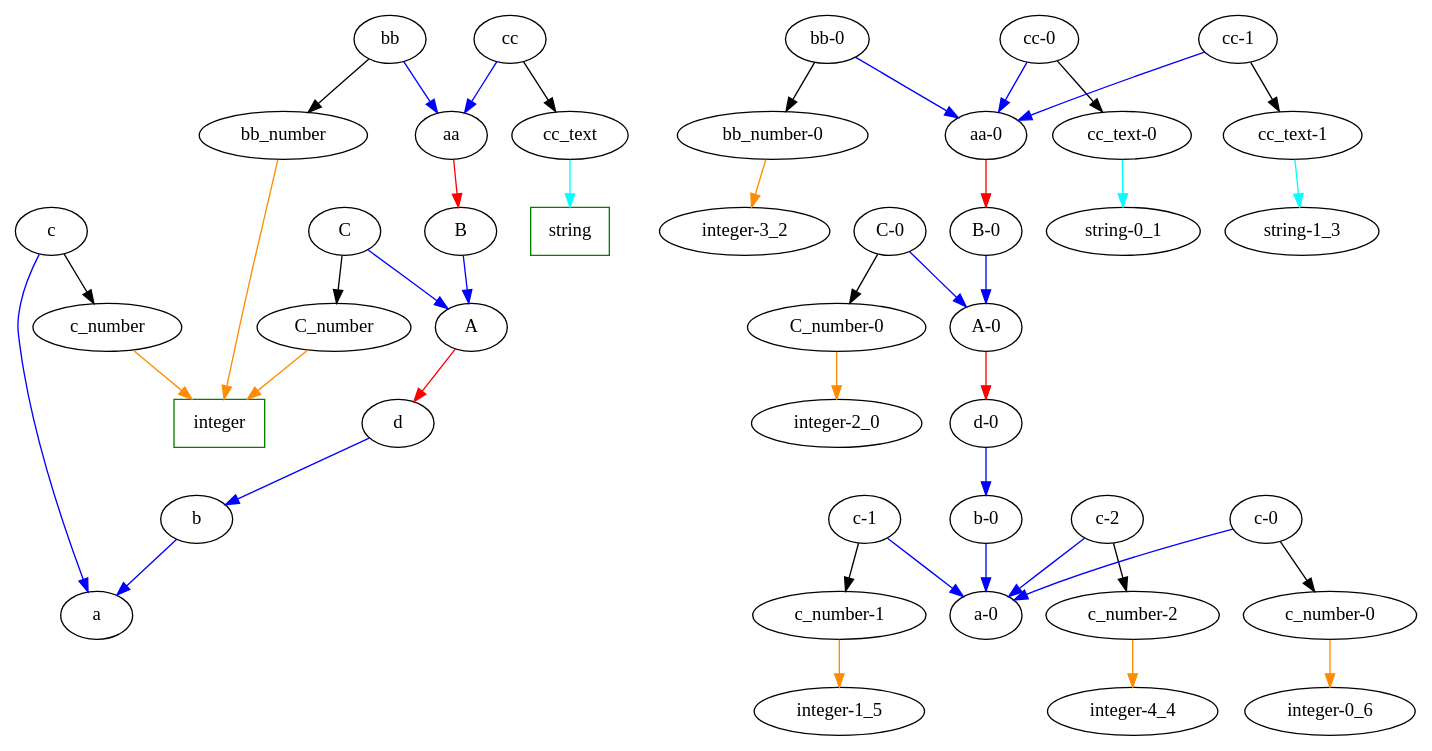
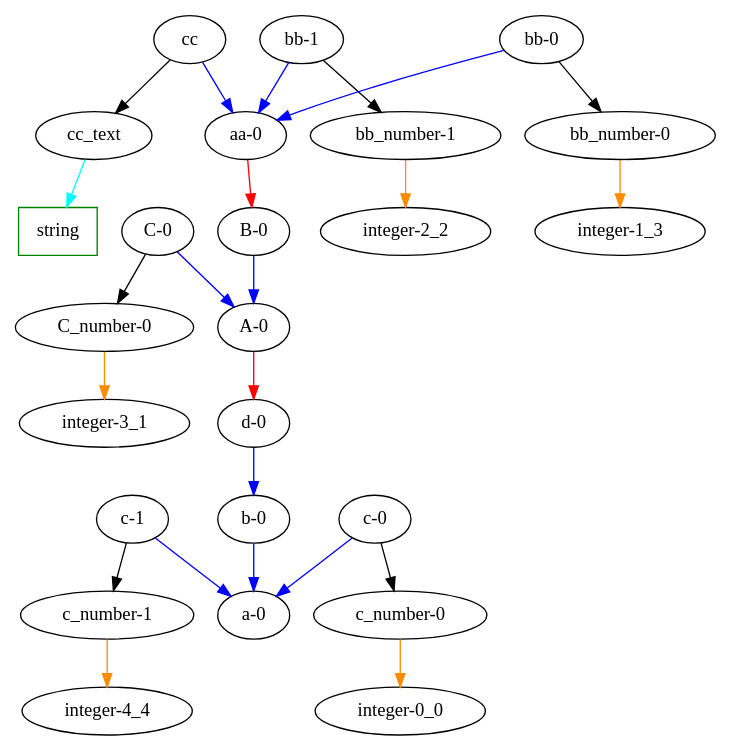
One commit to heinz-preisig/PeriConto changed the diagram in ontologyRepository/Digraph.gv. Above: the diagram before and after it, drawn with Graphviz. The commit also changed 2 other files, not shown here.

```diff
--- a/ontologyRepository/Digraph.gv
+++ b/ontologyRepository/Digraph.gv
@@ -1,131 +1,71 @@
 digraph {
-	d
-	b
-	d -> b [color=blue]
-	bb
-	aa
-	bb -> aa [color=blue]
+	"c-0"
+	"a-0"
+	"c-0" -> "a-0" [color=blue]
+	cc
+	"aa-0"
+	cc -> "aa-0" [color=blue]
+	"C-0"
+	"C_number-0"
+	"C-0" -> "C_number-0" [color=black]
+	"b-0"
+	"a-0"
+	"b-0" -> "a-0" [color=blue]
+	cc
+	cc_text
+	cc -> cc_text [color=black]
+	"B-0"
+	"A-0"
+	"B-0" -> "A-0" [color=blue]
+	"c_number-0"
+	"integer-0_0"
+	"c_number-0" -> "integer-0_0" [color=darkorange]
+	"C_number-0"
+	"integer-3_1"
+	"C_number-0" -> "integer-3_1" [color=darkorange]
+	"d-0"
+	"b-0"
+	"d-0" -> "b-0" [color=blue]
+	"c-1"
+	"a-0"
+	"c-1" -> "a-0" [color=blue]
+	"bb-1"
+	"aa-0"
+	"bb-1" -> "aa-0" [color=blue]
+	"bb_number-1"
+	"integer-2_2"
+	"bb_number-1" -> "integer-2_2" [color=darkorange]
+	"bb-0"
+	"aa-0"
+	"bb-0" -> "aa-0" [color=blue]
+	string [color=green shape=rectangle]
+	string
+	cc_text -> string [color=cyan]
 	"c-1"
 	"c_number-1"
 	"c-1" -> "c_number-1" [color=black]
-	c
-	c_number
-	c -> c_number [color=black]
-	string [color=green shape=rectangle]
-	string
-	cc_text -> string [color=cyan]
-	"c-2"
-	"c_number-2"
-	"c-2" -> "c_number-2" [color=black]
-	"c-1"
-	"a-0"
-	"c-1" -> "a-0" [color=blue]
+	"bb_number-0"
+	"integer-1_3"
+	"bb_number-0" -> "integer-1_3" [color=darkorange]
+	"c-0"
+	"c_number-0"
+	"c-0" -> "c_number-0" [color=black]
 	"A-0"
 	"d-0"
 	"A-0" -> "d-0" [color=red]
 	"aa-0"
 	"B-0"
 	"aa-0" -> "B-0" [color=red]
-	"d-0"
-	"b-0"
-	"d-0" -> "b-0" [color=blue]
-	B
-	A
-	B -> A [color=blue]
+	"bb-1"
+	"bb_number-1"
+	"bb-1" -> "bb_number-1" [color=black]
+	"c_number-1"
+	"integer-4_4"
+	"c_number-1" -> "integer-4_4" [color=darkorange]
 	"C-0"
 	"A-0"
 	"C-0" -> "A-0" [color=blue]
 	"bb-0"
-	"aa-0"
-	"bb-0" -> "aa-0" [color=blue]
-	"B-0"
-	"A-0"
-	"B-0" -> "A-0" [color=blue]
-	"C_number-0"
-	"integer-2_0"
-	"C_number-0" -> "integer-2_0" [color=darkorange]
-	"cc-0"
-	"aa-0"
-	"cc-0" -> "aa-0" [color=blue]
-	aa
-	B
-	aa -> B [color=red]
-	integer [color=green shape=rectangle]
-	integer
-	bb_number -> integer [color=darkorange]
-	"cc_text-0"
-	"string-0_1"
-	"cc_text-0" -> "string-0_1" [color=cyan]
-	"cc-1"
-	"aa-0"
-	"cc-1" -> "aa-0" [color=blue]
-	"bb_number-0"
-	"integer-3_2"
-	"bb_number-0" -> "integer-3_2" [color=darkorange]
-	bb
-	bb_number
-	bb -> bb_number [color=black]
-	"c-0"
-	"c_number-0"
-	"c-0" -> "c_number-0" [color=black]
-	cc
-	cc_text
-	cc -> cc_text [color=black]
-	"bb-0"
 	"bb_number-0"
 	"bb-0" -> "bb_number-0" [color=black]
-	"c-2"
-	"a-0"
-	"c-2" -> "a-0" [color=blue]
-	"cc-0"
-	"cc_text-0"
-	"cc-0" -> "cc_text-0" [color=black]
-	C
-	C_number
-	C -> C_number [color=black]
-	integer [color=green shape=rectangle]
-	integer
-	C_number -> integer [color=darkorange]
-	A
-	d
-	A -> d [color=red]
-	C
-	A
-	C -> A [color=blue]
-	"cc_text-1"
-	"string-1_3"
-	"cc_text-1" -> "string-1_3" [color=cyan]
-	"cc-1"
-	"cc_text-1"
-	"cc-1" -> "cc_text-1" [color=black]
-	"c_number-2"
-	"integer-4_4"
-	"c_number-2" -> "integer-4_4" [color=darkorange]
-	b
-	a
-	b -> a [color=blue]
-	"c_number-1"
-	"integer-1_5"
-	"c_number-1" -> "integer-1_5" [color=darkorange]
-	cc
-	aa
-	cc -> aa [color=blue]
-	"c_number-0"
-	"integer-0_6"
-	"c_number-0" -> "integer-0_6" [color=darkorange]
-	"C-0"
-	"C_number-0"
-	"C-0" -> "C_number-0" [color=black]
-	"b-0"
-	"a-0"
-	"b-0" -> "a-0" [color=blue]
-	integer [color=green shape=rectangle]
-	integer
-	c_number -> integer [color=darkorange]
-	"c-0"
-	"a-0"
-	"c-0" -> "a-0" [color=blue]
-	c
-	a
-	c -> a [color=blue]
 }
```
